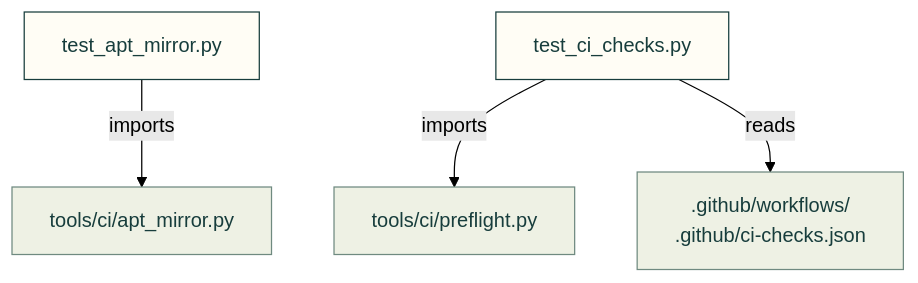
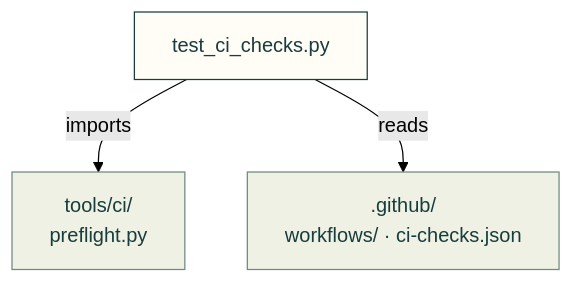
The second of 2 diagrams in tests/repo/ci/README.md (Valpatel/cad-agent), drawn with Mermaid (forest theme) before and after one commit. The commit also changed other lines of this file and 5 other files, not shown here.

````diff
--- a/tests/repo/ci/README.md
+++ b/tests/repo/ci/README.md
@@ -8,10 +23,12 @@
 ```mermaid
 flowchart TD
-    A["test_apt_mirror.py"] -->|"imports"| M["tools/ci/apt_mirror.py"]
-    C["test_ci_checks.py"] -->|"imports"| P["tools/ci/preflight.py"]
-    C -->|"reads"| W[".github/workflows/<br/>.github/ci-checks.json"]
+    C["test_ci_checks.py"]
+    P["tools/ci/<br/>preflight.py"]
+    W[".github/<br/>workflows/ · ci-checks.json"]
+    C -->|"imports"| P
+    C -->|"reads"| W
     classDef here fill:#fffdf5,stroke:#173d3c,color:#173d3c
     classDef near fill:#eef1e4,stroke:#6f8a80,color:#173d3c
-    class A,C here
-    class M,P,W near
+    class C here
+    class P,W near
 ```
````
